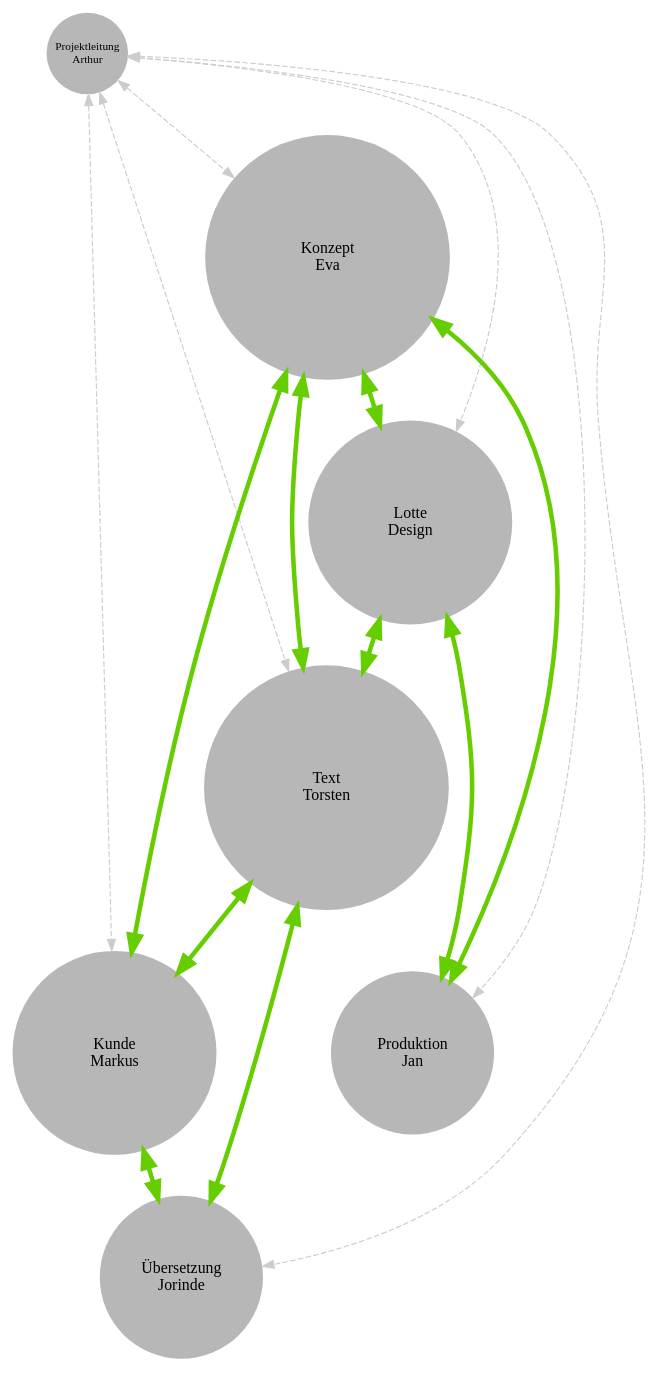
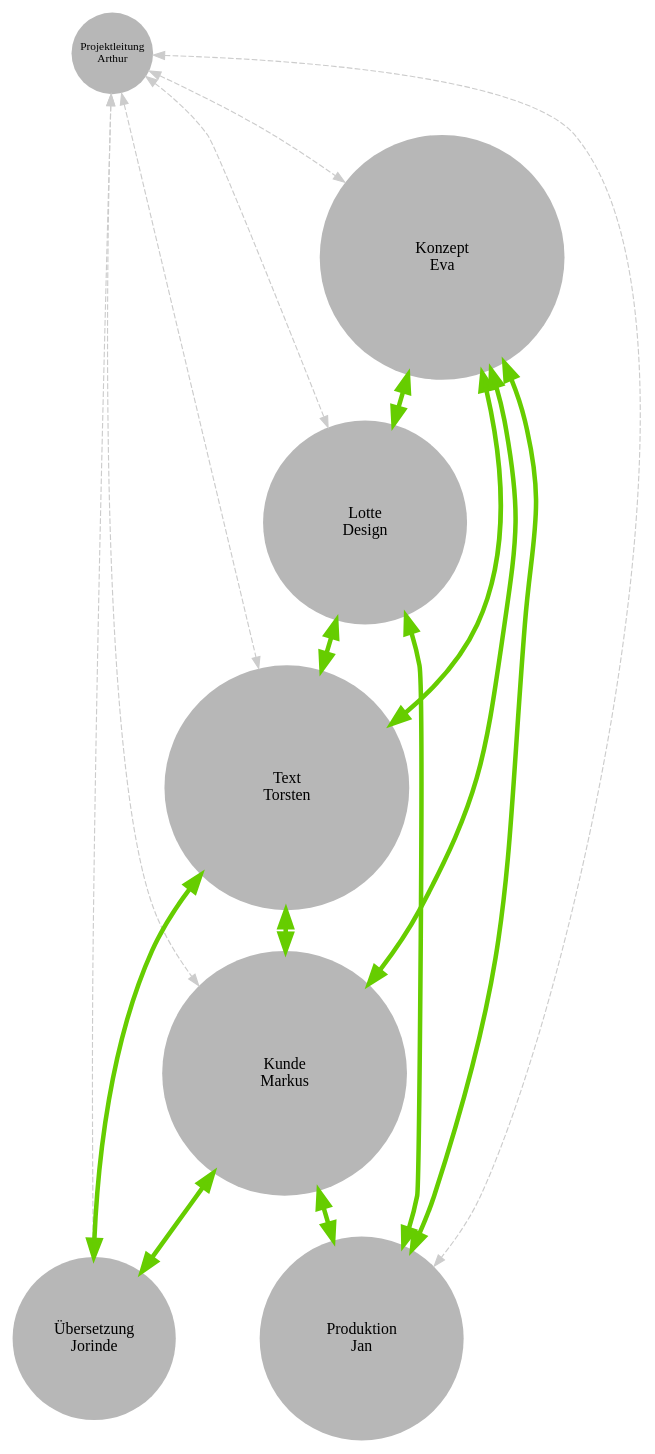
One commit to retext/retext changed the diagram in documents/thesis/media/personas-gewichtet.dot. Above: the diagram before and after it, drawn with Graphviz. The commit also changed 4 other files, not shown here.

```diff
--- a/documents/thesis/media/personas-gewichtet.dot
+++ b/documents/thesis/media/personas-gewichtet.dot
@@ -1,36 +1,37 @@
 # neato
 digraph G {
 
 
 
 edge [ dir=both penwidth=4 color="#66cd00" ]
 node [ shape=circle fixedsize=1 width=1 fontsize=14 fillcolor="#B7B7B7" style=filled penwidth=0 ]
 
 arthur [ label="Projektleitung\nArthur" fontsize=10 ]
 eva [ label="Konzept\nEva" width=3 ]
 lotte [ label="Lotte\nDesign" width=2.5 ]
 torsten [ label="Text\nTorsten" width=3 ]
-markus [ label="Kunde\nMarkus"  width=2.5 ]
+markus [ label="Kunde\nMarkus"  width=3 ]
 jorinde [ label="Übersetzung\nJorinde" width=2 ]
-jan [ label="Produktion\nJan" width=2 ]
+jan [ label="Produktion\nJan" width=2.5 ]
 
-edge [ penwidth=1 arrowsize=1 color="#CCCCCC" weight=0.1 style=dashed len=6 ]
+edge [ penwidth=1 arrowsize=1 color="#CCCCCC" weight=0.1 style=dashed len=7 ]
 arthur -> eva
 arthur -> markus
 arthur -> torsten
 arthur -> lotte
 arthur -> jan
 arthur -> jorinde
 
 edge [ arrowsize=1.5  penwidth=4 style=solid color="#66cd00" len=5 ]
 eva -> markus
 eva -> lotte
 eva -> torsten
 eva -> jan
 lotte -> jan
 lotte -> torsten
 torsten -> jorinde
 torsten -> markus
 markus -> jorinde
+markus -> jan
 
 }
```
